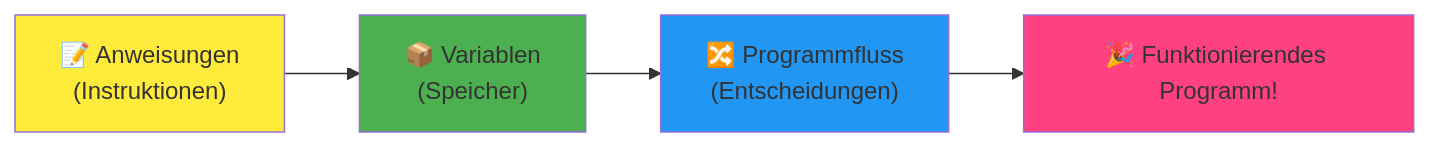
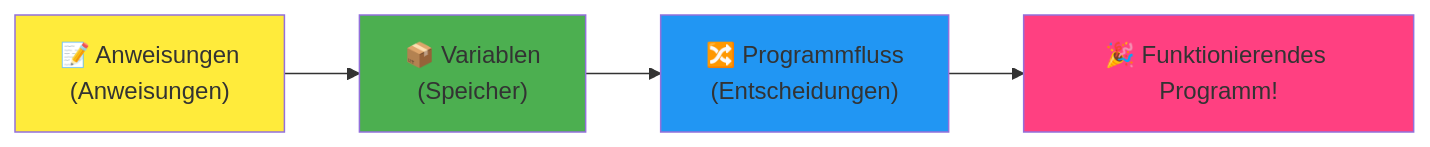
Before and after one commit to microsoft/Web-Dev-For-Beginners: the fourth of 7 diagrams in translations/de/1-getting-started-lessons/1-intro-to-programming-languages/README.md, drawn with Mermaid. The commit also changed other lines of this file and 11 other files, not shown here.

````diff
--- a/translations/de/1-getting-started-lessons/1-intro-to-programming-languages/README.md
+++ b/translations/de/1-getting-started-lessons/1-intro-to-programming-languages/README.md
@@ -467,9 +465,9 @@
 ```mermaid
 flowchart LR
-    A["📝 Anweisungen<br/>(Instruktionen)"] --> B["📦 Variablen<br/>(Speicher)"] --> C["🔀 Programmfluss<br/>(Entscheidungen)"] --> D["🎉 Funktionierendes Programm!"]
+    A["📝 Anweisungen<br/>(Anweisungen)"] --> B["📦 Variablen<br/>(Speicher)"] --> C["🔀 Programmfluss<br/>(Entscheidungen)"] --> D["🎉 Funktionierendes Programm!"]
     
     style A fill:#ffeb3b
     style B fill:#4caf50
     style C fill:#2196f3
     style D fill:#ff4081
-```
+```  
````
